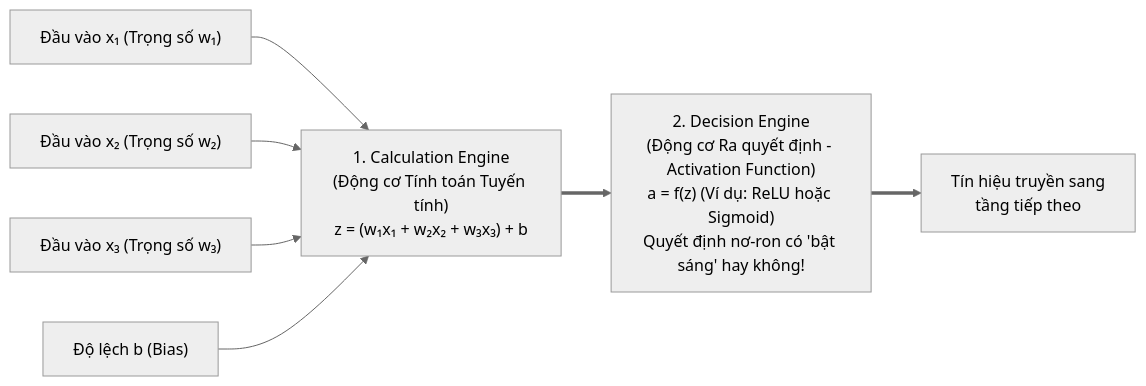
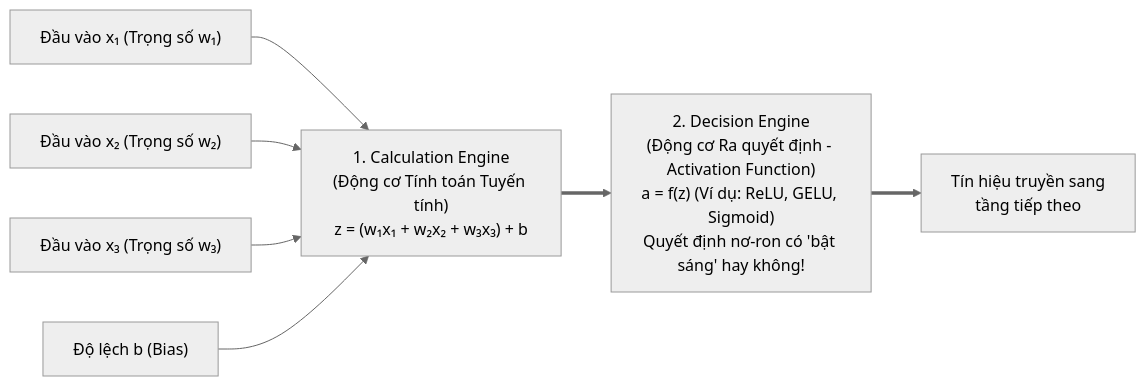
Before and after one commit to nxthanh2904/nca-genl: the first of 4 diagrams in Module_10_Additional_Topics.md, drawn with Mermaid (neutral theme). The commit also changed other lines of this file and 3 other files, not shown here.

````diff
--- a/Module_10_Additional_Topics.md
+++ b/Module_10_Additional_Topics.md
@@ -14,15 +14,15 @@
 ```mermaid
 flowchart LR
     X1["Đầu vào x₁ (Trọng số w₁)"]
     X2["Đầu vào x₂ (Trọng số w₂)"]
     X3["Đầu vào x₃ (Trọng số w₃)"]
     Bias["Độ lệch b (Bias)"]
 
     Calc["1. Calculation Engine<br/>(Động cơ Tính toán Tuyến tính)<br/>z = (w₁x₁ + w₂x₂ + w₃x₃) + b"]
     
-    Act["2. Decision Engine<br/>(Động cơ Ra quyết định - Activation Function)<br/>a = f(z) (Ví dụ: ReLU hoặc Sigmoid)<br/>Quyết định nơ-ron có 'bật sáng' hay không!"]
+    Act["2. Decision Engine<br/>(Động cơ Ra quyết định - Activation Function)<br/>a = f(z) (Ví dụ: ReLU, GELU, Sigmoid)<br/>Quyết định nơ-ron có 'bật sáng' hay không!"]
 
     Out["Tín hiệu truyền sang<br/>tầng tiếp theo"]
 
     X1 & X2 & X3 & Bias --> Calc ==> Act ==> Out
 ```
````
